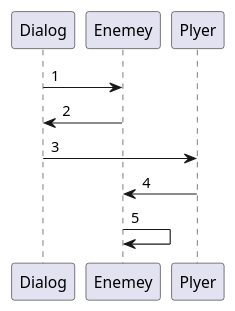
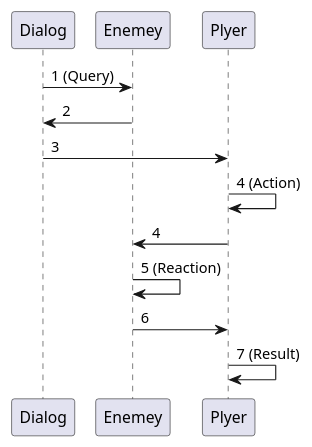
One commit to lriki/LN_MysteryRogueSystem changed the diagram in docs/Spec/Command.md. Above: the diagram before and after it, drawn with PlantUML. The commit also changed other lines of this file, not shown here.

````diff
--- a/docs/Spec/Command.md
+++ b/docs/Spec/Command.md
@@ -26,7 +28,10 @@
 ```plantuml
-Dialog -> Enemey: 1
+Dialog -> Enemey: 1 (Query)
 Dialog <- Enemey: 2
 Dialog -> Plyer: 3
+Plyer -> Plyer: 4 (Action)
 Enemey <- Plyer: 4
-Enemey -> Enemey: 5
+Enemey -> Enemey: 5 (Reaction)
+Enemey -> Plyer: 6
+Plyer -> Plyer: 7 (Result)
 ```
````
